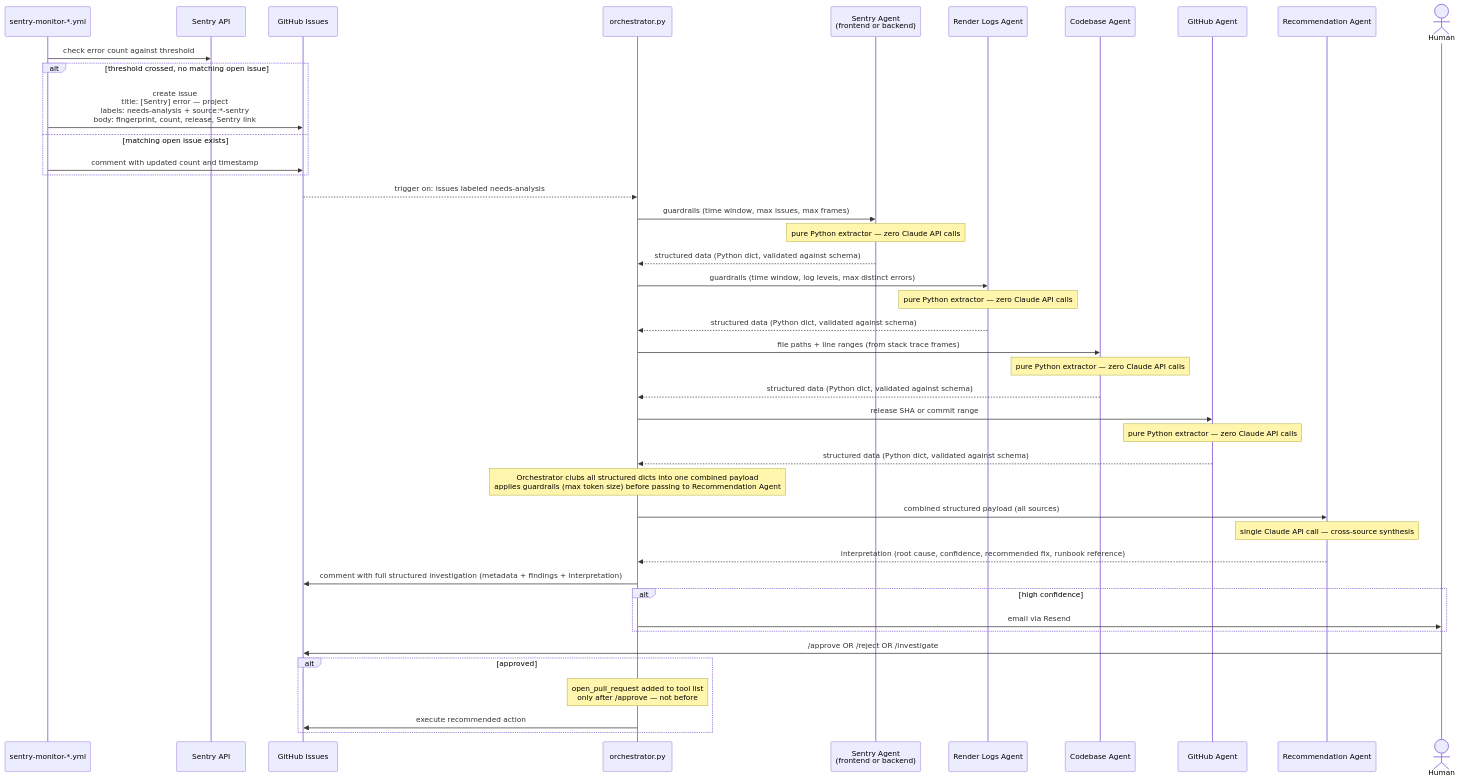
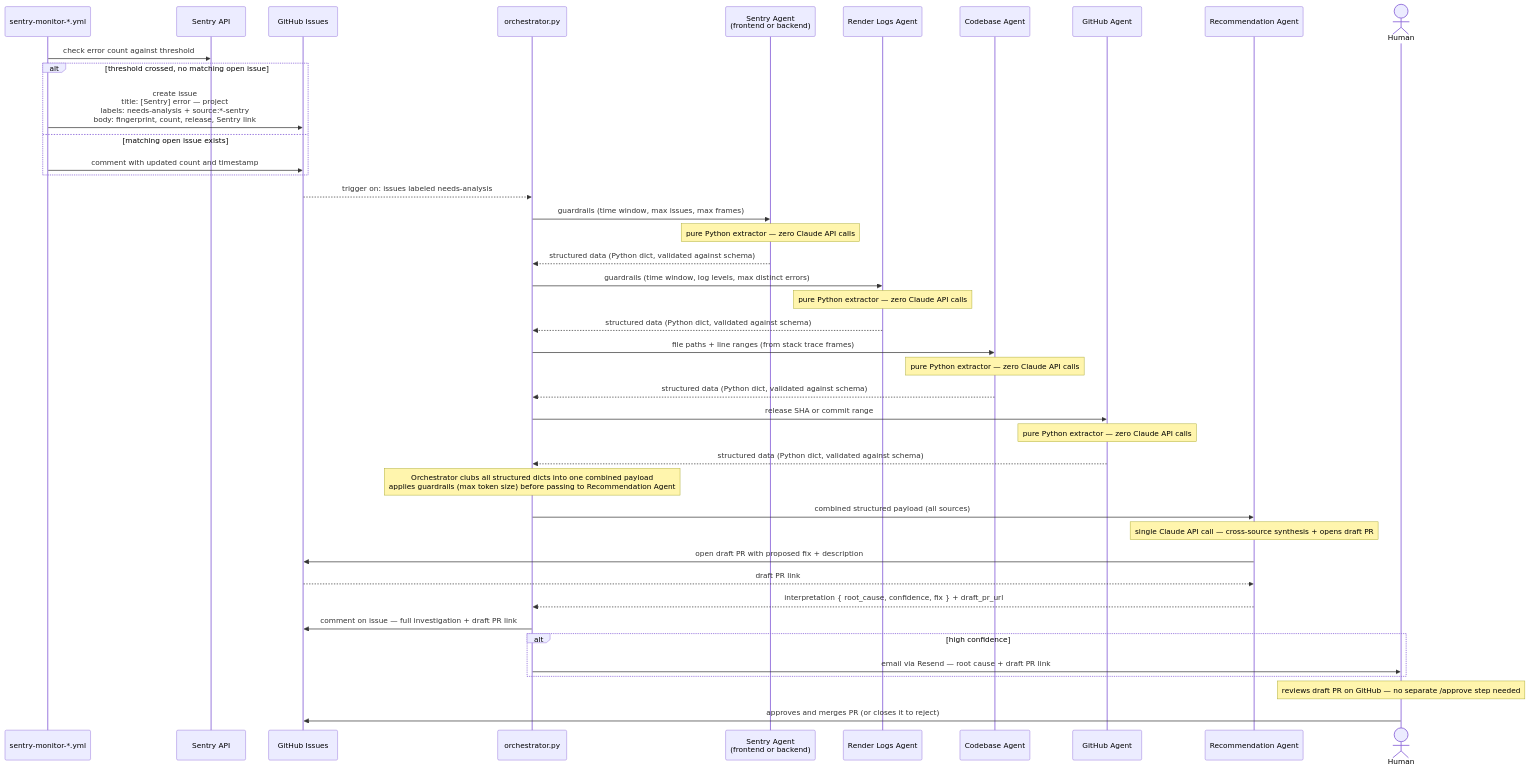
Before and after one commit to vikasparth/restaurant-main: the third of 4 diagrams in docs/engineering-practices/agent-architecture.md, drawn with Mermaid. The commit also changed other lines of this file, not shown here.

First line of the commit message:
docs(agents): Recommendation Agent opens draft PR, Orchestrator notifies

````diff
--- a/docs/engineering-practices/agent-architecture.md
+++ b/docs/engineering-practices/agent-architecture.md
@@ -673,47 +679,46 @@
 ```mermaid
 sequenceDiagram
     participant Monitor as sentry-monitor-*.yml
     participant Sentry as Sentry API
     participant GH as GitHub Issues
     participant Orch as orchestrator.py
     participant SAgent as Sentry Agent<br/>(frontend or backend)
     participant Render as Render Logs Agent
     participant Code as Codebase Agent
     participant GHAgent as GitHub Agent
     participant Rec as Recommendation Agent
     actor Human as Human
 
     Monitor->>Sentry: check error count against threshold
     alt threshold crossed, no matching open issue
         Monitor->>GH: create issue<br/>title: [Sentry] error — project<br/>labels: needs-analysis + source:*-sentry<br/>body: fingerprint, count, release, Sentry link
     else matching open issue exists
         Monitor->>GH: comment with updated count and timestamp
     end
 
     GH-->>Orch: trigger on: issues labeled needs-analysis
     Orch->>SAgent: guardrails (time window, max issues, max frames)
     Note over SAgent: pure Python extractor — zero Claude API calls
     SAgent-->>Orch: structured data (Python dict, validated against schema)
     Orch->>Render: guardrails (time window, log levels, max distinct errors)
     Note over Render: pure Python extractor — zero Claude API calls
     Render-->>Orch: structured data (Python dict, validated against schema)
     Orch->>Code: file paths + line ranges (from stack trace frames)
     Note over Code: pure Python extractor — zero Claude API calls
     Code-->>Orch: structured data (Python dict, validated against schema)
     Orch->>GHAgent: release SHA or commit range
     Note over GHAgent: pure Python extractor — zero Claude API calls
     GHAgent-->>Orch: structured data (Python dict, validated against schema)
     Note over Orch: Orchestrator clubs all structured dicts into one combined payload<br/>applies guardrails (max token size) before passing to Recommendation Agent
     Orch->>Rec: combined structured payload (all sources)
-    Note over Rec: single Claude API call — cross-source synthesis
-    Rec-->>Orch: interpretation (root cause, confidence, recommended fix, runbook reference)
-    Orch->>GH: comment with full structured investigation (metadata + findings + interpretation)
+    Note over Rec: single Claude API call — cross-source synthesis + opens draft PR
+    Rec->>GH: open draft PR with proposed fix + description
+    GH-->>Rec: draft PR link
+    Rec-->>Orch: interpretation { root_cause, confidence, fix } + draft_pr_url
+    Orch->>GH: comment on issue — full investigation + draft PR link
     alt high confidence
-        Orch->>Human: email via Resend
+        Orch->>Human: email via Resend — root cause + draft PR link
     end
-    Human->>GH: /approve OR /reject OR /investigate
-    alt approved
-        Note over Orch: open_pull_request added to tool list<br/>only after /approve — not before
-        Orch->>GH: execute recommended action
-    end
+    Note over Human: reviews draft PR on GitHub — no separate /approve step needed
+    Human->>GH: approves and merges PR (or closes it to reject)
 ```
````
